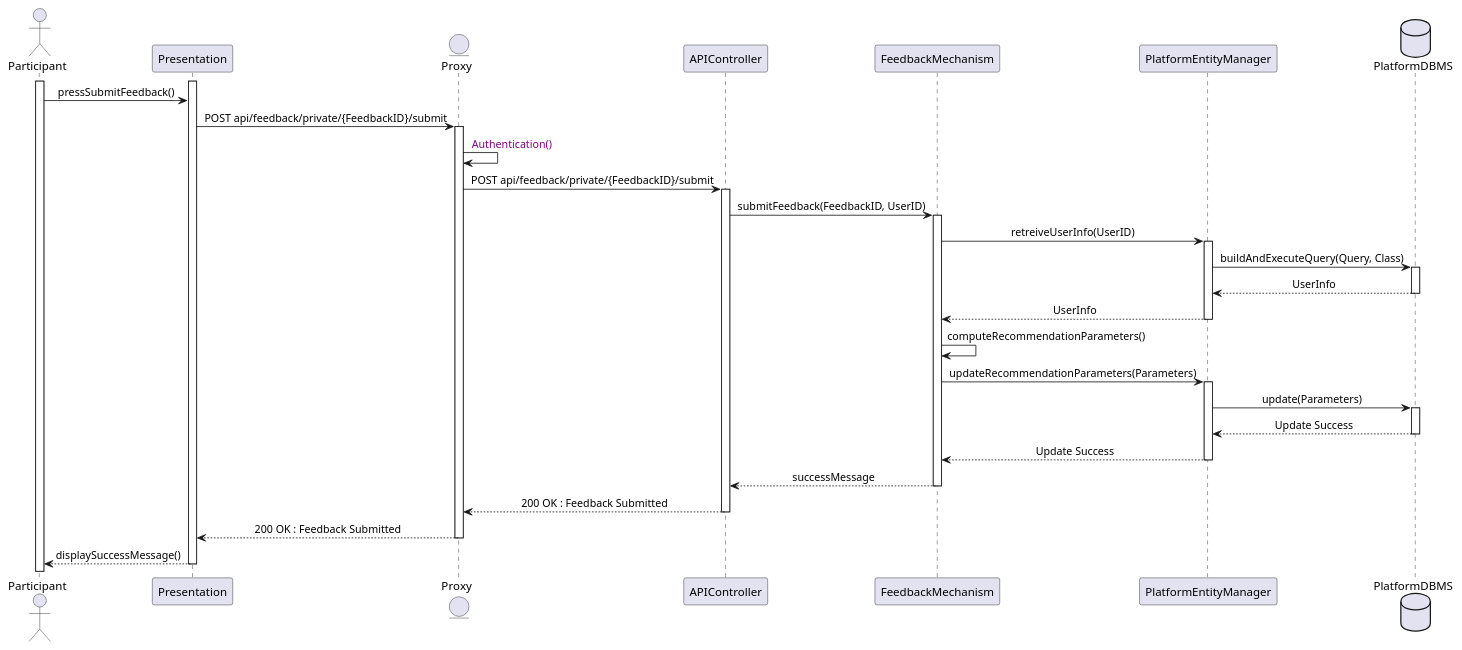
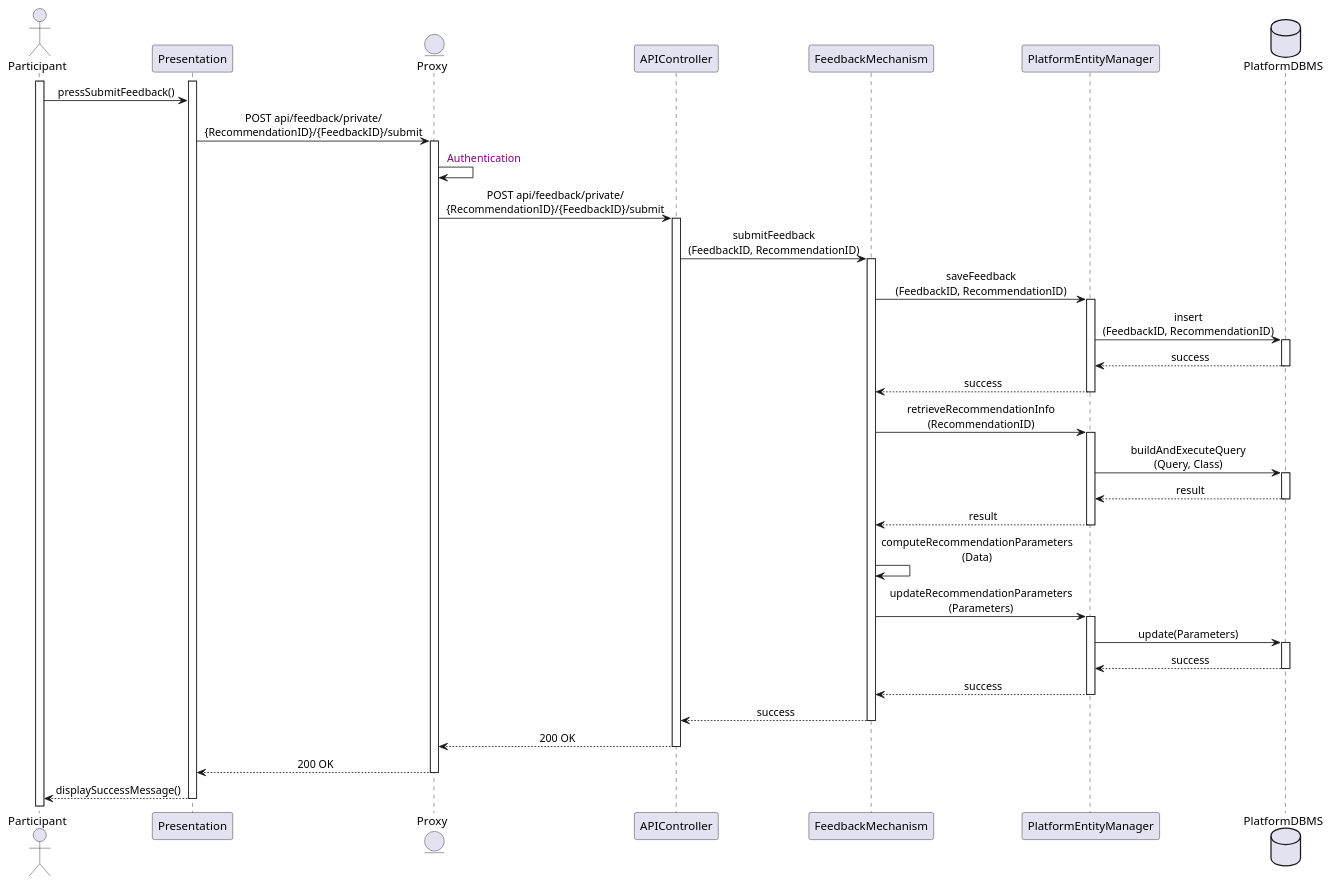
One commit to Slaitroc/RicciPaoliGrisoni changed the diagram in Diagrams/SequenceDiagrams/DD/6.2ParticipantSubmitsFeedback.wsd. Above: the diagram before and after it, drawn with PlantUML.

Commit message:
Refactor 6.2ParticipantSubmitsFeedback.wsd SequenceDiagram

```diff
--- a/Diagrams/SequenceDiagrams/DD/6.2ParticipantSubmitsFeedback.wsd
+++ b/Diagrams/SequenceDiagrams/DD/6.2ParticipantSubmitsFeedback.wsd
@@ -1,31 +1,35 @@
 @startuml SubmitFeedback
 skinparam sequenceMessageAlign center
 actor       Participant
 participant  Presentation
 entity      Proxy
 participant APIController
 participant FeedbackMechanism
 participant PlatformEntityManager
 database    PlatformDBMS
 
 activate Participant
 activate Presentation
 Participant -> Presentation  : pressSubmitFeedback()
-Presentation -> Proxy ++ : POST api/feedback/private/{FeedbackID}/submit
-Proxy -> Proxy : <color:purple> Authentication()
-Proxy -> APIController ++ : POST api/feedback/private/{FeedbackID}/submit
-APIController -> FeedbackMechanism ++ : submitFeedback(FeedbackID, UserID)
-FeedbackMechanism -> PlatformEntityManager ++ : retreiveUserInfo(UserID)
-PlatformEntityManager -> PlatformDBMS ++ : buildAndExecuteQuery(Query, Class)
-PlatformDBMS --> PlatformEntityManager -- : UserInfo
-PlatformEntityManager --> FeedbackMechanism -- : UserInfo
-FeedbackMechanism -> FeedbackMechanism : computeRecommendationParameters()
-FeedbackMechanism -> PlatformEntityManager ++ : updateRecommendationParameters(Parameters)
+Presentation -> Proxy ++ : POST api/feedback/private/\n{RecommendationID}/{FeedbackID}/submit
+Proxy -> Proxy : <color:purple> Authentication
+Proxy -> APIController ++ : POST api/feedback/private/\n{RecommendationID}/{FeedbackID}/submit
+APIController -> FeedbackMechanism ++ : submitFeedback\n(FeedbackID, RecommendationID)
+FeedbackMechanism -> PlatformEntityManager ++ : saveFeedback\n(FeedbackID, RecommendationID)
+PlatformEntityManager -> PlatformDBMS ++ : insert\n(FeedbackID, RecommendationID)
+PlatformDBMS --> PlatformEntityManager -- : success
+PlatformEntityManager --> FeedbackMechanism -- : success
+FeedbackMechanism -> PlatformEntityManager ++ : retrieveRecommendationInfo\n(RecommendationID)
+PlatformEntityManager -> PlatformDBMS ++ : buildAndExecuteQuery\n(Query, Class)
+PlatformDBMS --> PlatformEntityManager -- : result
+PlatformEntityManager --> FeedbackMechanism -- : result
+FeedbackMechanism -> FeedbackMechanism : computeRecommendationParameters\n(Data)
+FeedbackMechanism -> PlatformEntityManager ++ : updateRecommendationParameters\n(Parameters)
 PlatformEntityManager -> PlatformDBMS ++ : update(Parameters)
-PlatformDBMS --> PlatformEntityManager -- : Update Success
-PlatformEntityManager --> FeedbackMechanism -- : Update Success
-FeedbackMechanism --> APIController -- : successMessage
-APIController --> Proxy -- : 200 OK : Feedback Submitted
-Proxy --> Presentation -- : 200 OK : Feedback Submitted
+PlatformDBMS --> PlatformEntityManager -- : success
+PlatformEntityManager --> FeedbackMechanism -- : success
+FeedbackMechanism --> APIController -- : success
+APIController --> Proxy -- : 200 OK  
+Proxy --> Presentation -- : 200 OK 
 Presentation --> Participant -- : displaySuccessMessage()
 @enduml
```
